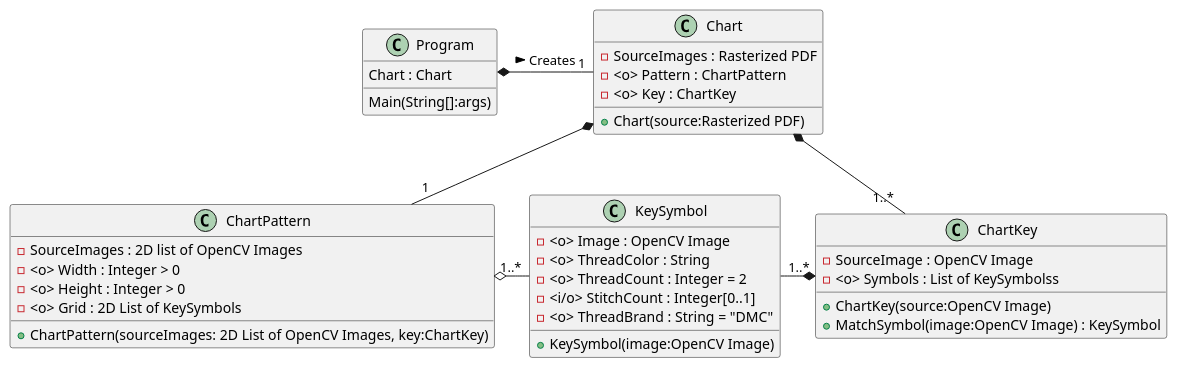
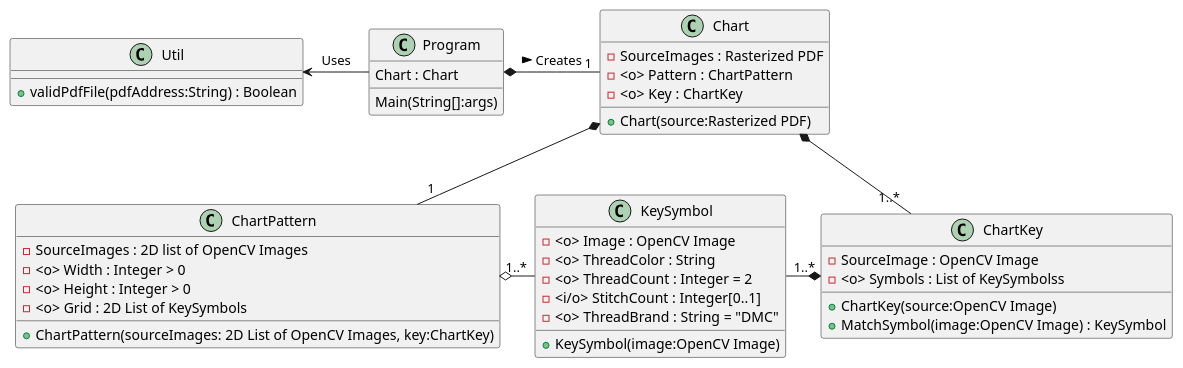
One commit to Badwolf369/PatternSeer changed the diagram in PDF to OXS Converter/doc/classes.md. Above: the diagram before and after it, drawn with PlantUML. The commit also changed 47 other files, not shown here.

```diff
--- a/PDF to OXS Converter/doc/classes.md
+++ b/PDF to OXS Converter/doc/classes.md
@@ -1,39 +1,45 @@
 @startuml
 class Program {
     Chart : Chart
     Main(String[]:args)
 }
 class Chart {
     -SourceImages : Rasterized PDF
     -<o> Pattern : ChartPattern
     -<o> Key : ChartKey
     +Chart(source:Rasterized PDF)
 }
 class ChartPattern {
     -SourceImages : 2D list of OpenCV Images
     -<o> Width : Integer > 0
     -<o> Height : Integer > 0
     -<o> Grid : 2D List of KeySymbols
     +ChartPattern(sourceImages: 2D List of OpenCV Images, key:ChartKey)
 }
 class ChartKey {
     -SourceImage : OpenCV Image
     -<o> Symbols : List of KeySymbolss
     +ChartKey(source:OpenCV Image)
     +MatchSymbol(image:OpenCV Image) : KeySymbol
 }
 class KeySymbol {
     -<o> Image : OpenCV Image
     -<o> ThreadColor : String
     -<o> ThreadCount : Integer = 2
     -<i/o> StitchCount : Integer[0..1]
     -<o> ThreadBrand : String = "DMC"
     +KeySymbol(image:OpenCV Image)
 }
 
 Chart "1" -l-* Program : < Creates
 ChartKey "1..*" -u-* Chart
 ChartPattern "1" -u-* Chart
 KeySymbol "1..*" -l-o ChartPattern
 KeySymbol "1..*" -r-* ChartKey
+
+class Util {
+    +validPdfFile(pdfAddress:String) : Boolean
+}
+
+Program -l-> Util : Uses
 @enduml
```
